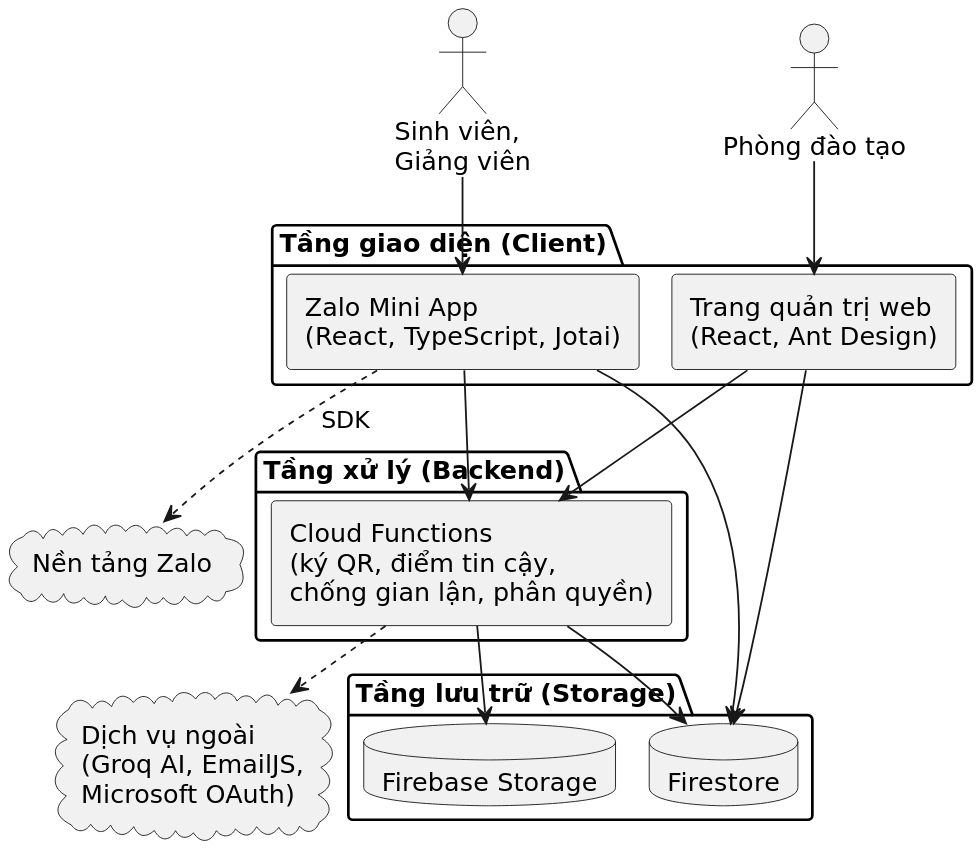
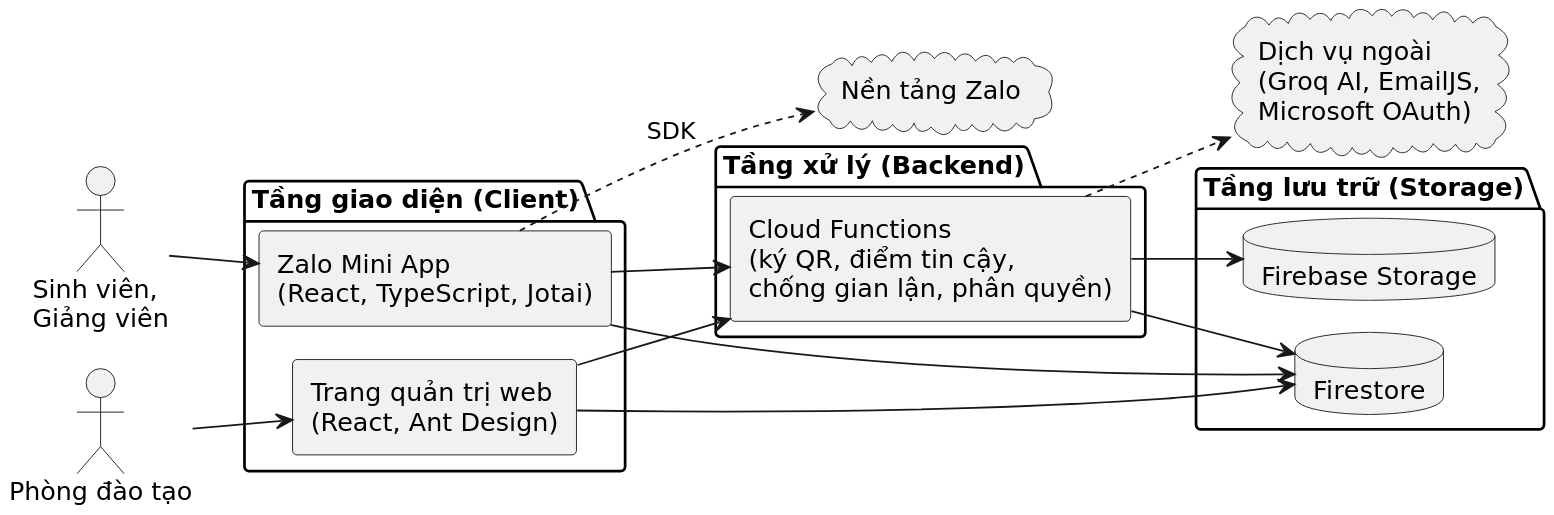
One commit to nguyenngocthuan11062004/smart-attendance-zalo-mini-app changed the diagram in quyen/diagrams/kientruc.puml. Above: the diagram before and after it, drawn with PlantUML. The commit also changed 9 other files, not shown here.

```diff
--- a/quyen/diagrams/kientruc.puml
+++ b/quyen/diagrams/kientruc.puml
@@ -1,39 +1,39 @@
 @startuml kientruc
 !pragma layout smetana
 skinparam dpi 200
 skinparam defaultFontName "DejaVu Sans"
 skinparam shadowing false
 skinparam componentStyle rectangle
-top to bottom direction
+left to right direction
 
 actor "Sinh viên,\nGiảng viên" as users
 actor "Phòng đào tạo" as admin
 
 package "Tầng giao diện (Client)" {
   [Zalo Mini App\n(React, TypeScript, Jotai)] as miniapp
   [Trang quản trị web\n(React, Ant Design)] as adminweb
 }
 
 package "Tầng xử lý (Backend)" {
   [Cloud Functions\n(ký QR, điểm tin cậy,\nchống gian lận, phân quyền)] as cf
 }
 
 package "Tầng lưu trữ (Storage)" {
+  database "Firebase Storage" as storage
   database "Firestore" as fs
-  database "Firebase Storage" as storage
 }
 
 cloud "Nền tảng Zalo" as zalo
 cloud "Dịch vụ ngoài\n(Groq AI, EmailJS,\nMicrosoft OAuth)" as ext
 
 users --> miniapp
 admin --> adminweb
-miniapp ..> zalo : SDK
 miniapp --> cf
 adminweb --> cf
 miniapp --> fs
 adminweb --> fs
 cf --> fs
 cf --> storage
+miniapp ..> zalo : SDK
 cf ..> ext
 @enduml
```
